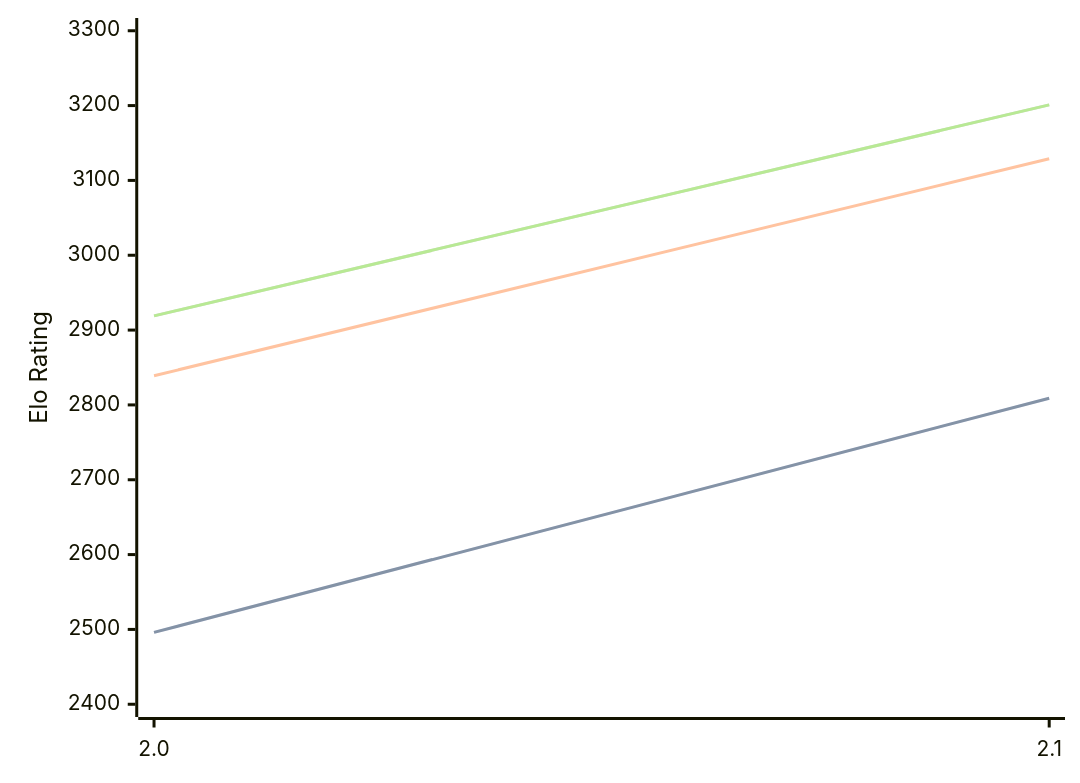
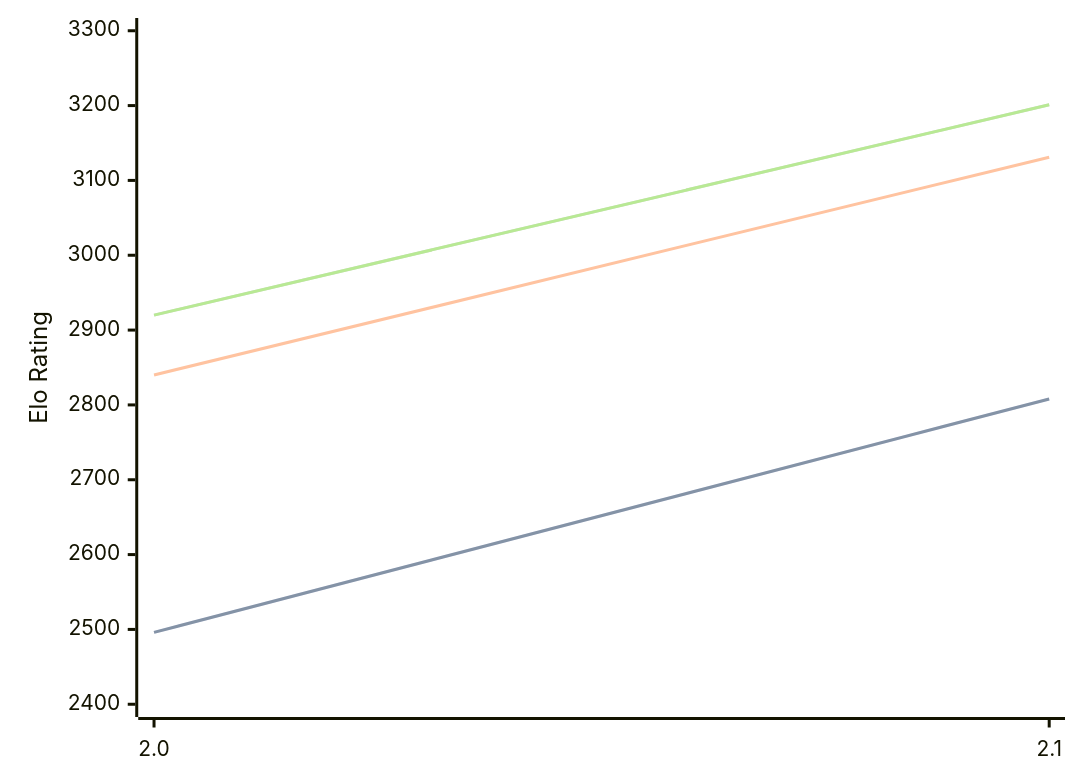
One commit to computer-chess-index/cci changed the third of 3 diagrams in engines/Tunguska.md. Above: the diagram before and after it, drawn with Mermaid. The commit also changed other lines of this file, not shown here.

Commit message:
Update CCI Ratings (ELO VLTC) - 2026-07-13

````diff
--- a/engines/Tunguska.md
+++ b/engines/Tunguska.md
@@ -65,11 +65,11 @@
 ```mermaid
 %%{init: {"theme":"base","themeVariables":{"seriesColors:['#a3a3a3','#222221','#faa371']}}}%%
 xychart-beta
   x-axis ["2.0", "2.1"]
   y-axis "Elo Rating" 2400 --> 3300
-  line "STC (8.0+0.08s)" [2496, 2809]
-  line "STC (8.0+0.08s)" [2496, 2809]
-  line "LTC (60.0+0.60s)" [2839, 3129]
-  line "VLTC (2m24s+1.12s)" [2919, 3201]
-  line "VLTC (2m24s+1.12s)" [2919, 3201]
+  line "STC (8.0+0.08s)" [2496, 2808]
+  line "STC (8.0+0.08s)" [2496, 2808]
+  line "LTC (60.0+0.60s)" [2840, 3131]
+  line "VLTC (2m24s+1.12s)" [2920, 3201]
+  line "VLTC (2m24s+1.12s)" [2920, 3201]
 ```
````
